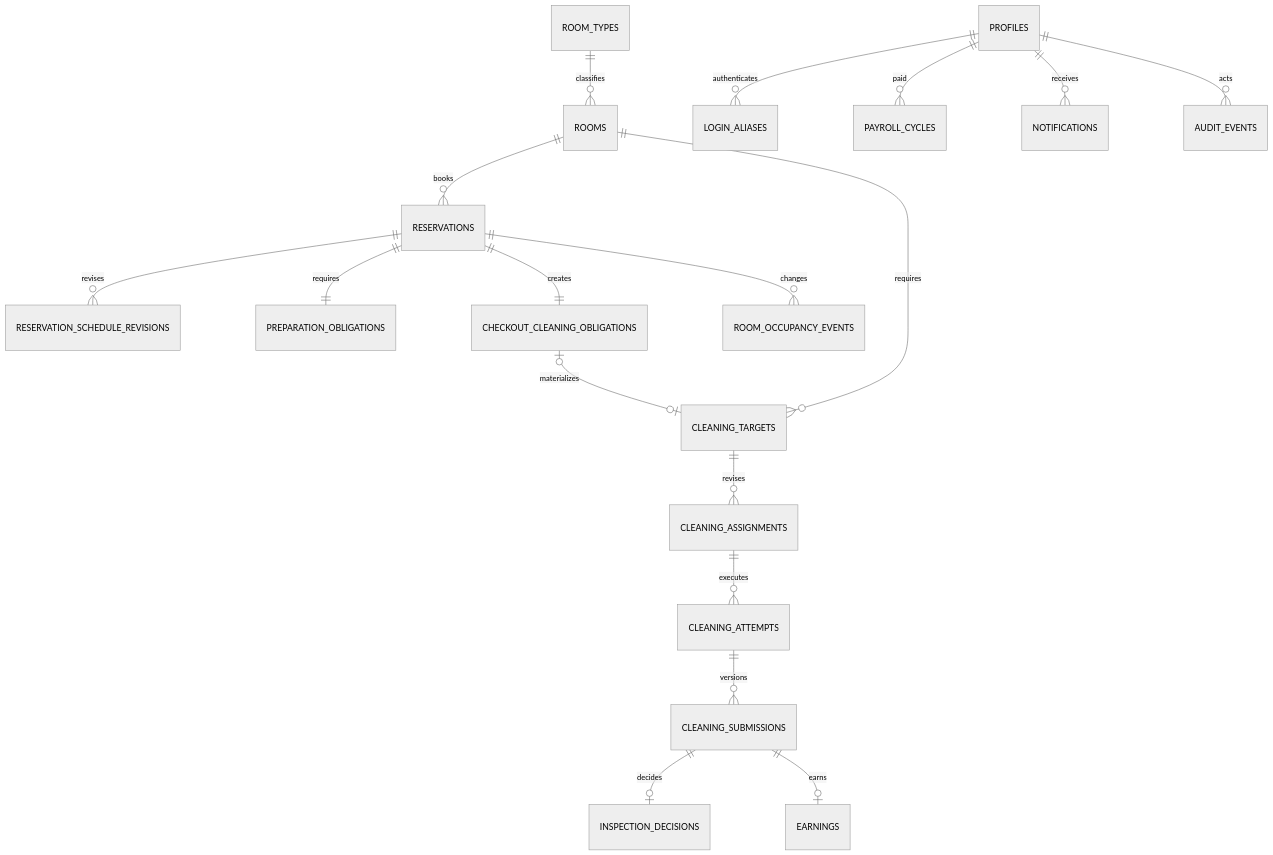
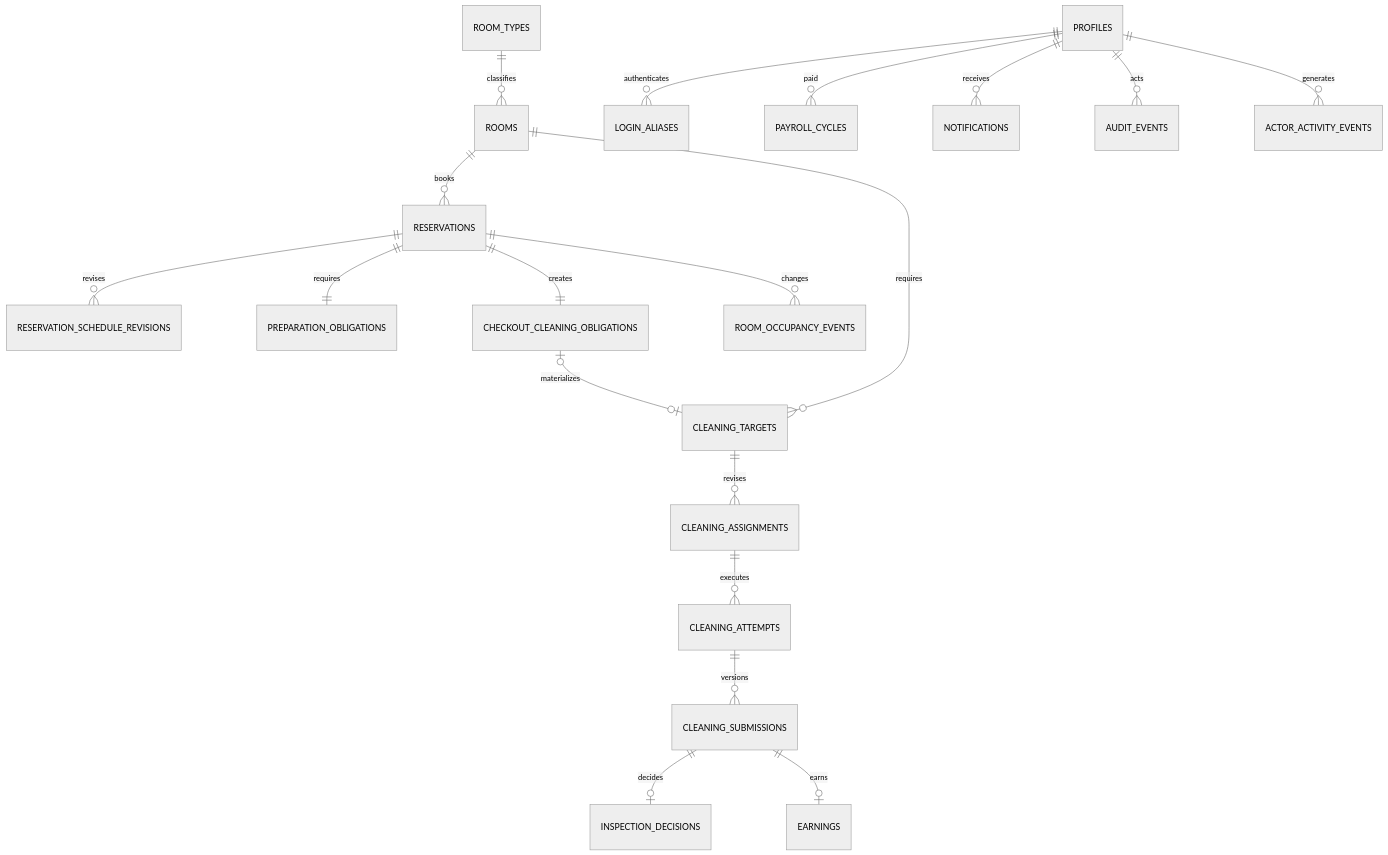
The second of 2 diagrams in docs/ARCHITECTURE.md (wrongstory/room-management-system-backend), drawn with Mermaid (neutral theme) before and after one commit. The commit also changed other lines of this file and 177 other files, not shown here.

````diff
--- a/docs/ARCHITECTURE.md
+++ b/docs/ARCHITECTURE.md
@@ -52,20 +59,21 @@
 ```mermaid
 erDiagram
   PROFILES ||--o{ LOGIN_ALIASES : authenticates
   ROOM_TYPES ||--o{ ROOMS : classifies
   ROOMS ||--o{ RESERVATIONS : books
   RESERVATIONS ||--o{ RESERVATION_SCHEDULE_REVISIONS : revises
   RESERVATIONS ||--|| PREPARATION_OBLIGATIONS : requires
   RESERVATIONS ||--|| CHECKOUT_CLEANING_OBLIGATIONS : creates
   RESERVATIONS ||--o{ ROOM_OCCUPANCY_EVENTS : changes
   ROOMS ||--o{ CLEANING_TARGETS : requires
   CHECKOUT_CLEANING_OBLIGATIONS o|--o| CLEANING_TARGETS : materializes
   CLEANING_TARGETS ||--o{ CLEANING_ASSIGNMENTS : revises
   CLEANING_ASSIGNMENTS ||--o{ CLEANING_ATTEMPTS : executes
   CLEANING_ATTEMPTS ||--o{ CLEANING_SUBMISSIONS : versions
   CLEANING_SUBMISSIONS ||--o| INSPECTION_DECISIONS : decides
   CLEANING_SUBMISSIONS ||--o| EARNINGS : earns
   PROFILES ||--o{ PAYROLL_CYCLES : paid
   PROFILES ||--o{ NOTIFICATIONS : receives
   PROFILES ||--o{ AUDIT_EVENTS : acts
+  PROFILES ||--o{ ACTOR_ACTIVITY_EVENTS : generates
 ```
````
